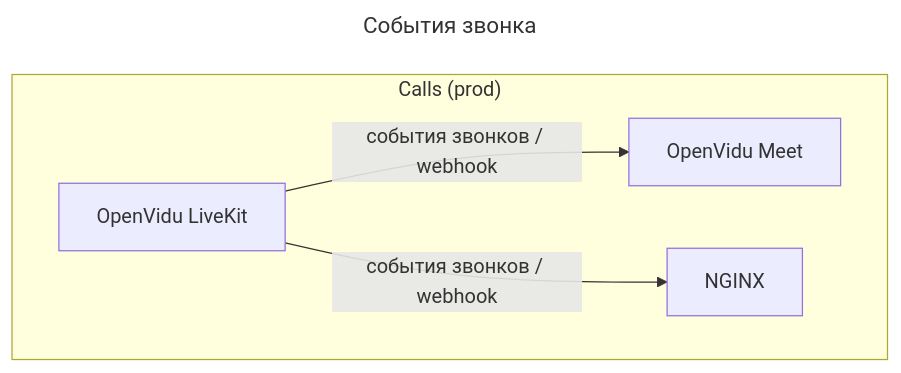
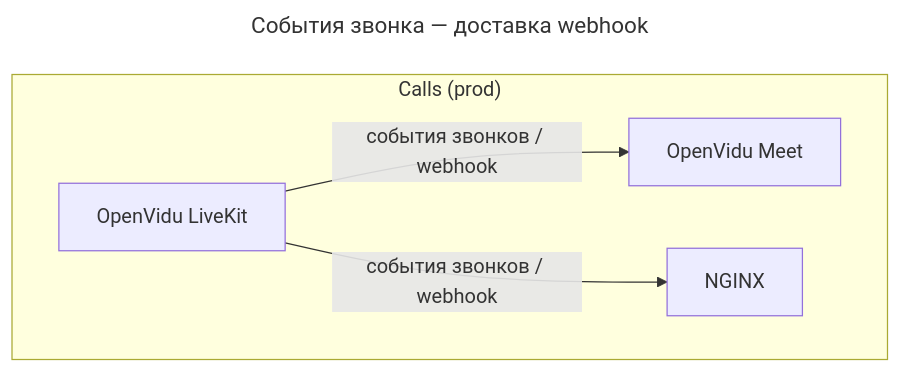
Before and after one commit to dwspurpleteam/deployer: the second of 5 diagrams in README.md, drawn with Mermaid. The commit also changed other lines of this file, not shown here.

Commit message:
Clarify architecture diagram titles

````diff
--- a/README.md
+++ b/README.md
@@ -28,11 +28,11 @@
 ```mermaid
 ---
-title: События звонка
+title: События звонка — доставка webhook
 ---
 flowchart LR
   subgraph calls_webhooks["Calls (prod)"]
     direction LR
     openvidu[OpenVidu LiveKit] -->|события звонков / webhook| meet[OpenVidu Meet]
     openvidu -->|события звонков / webhook| proxy[NGINX]
   end
 ```
````
